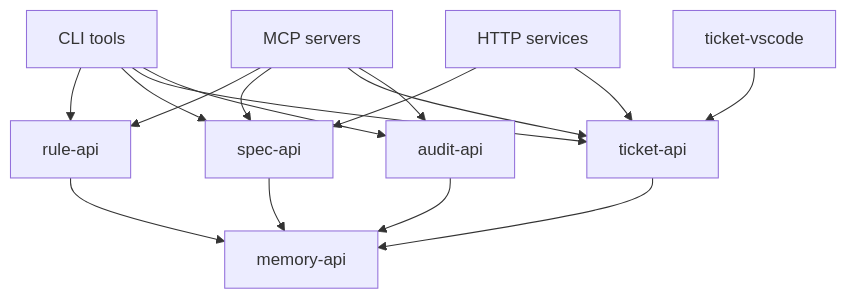
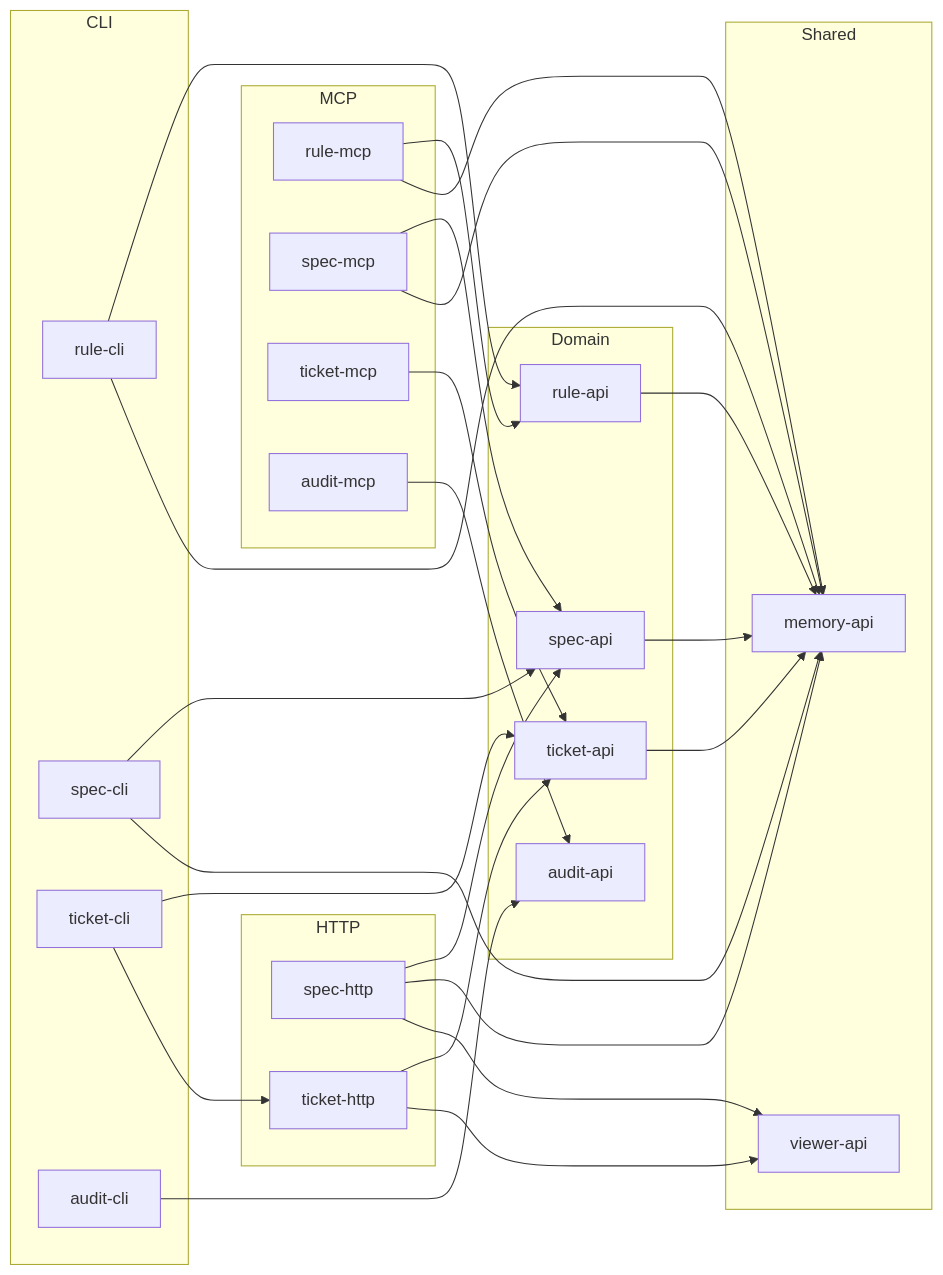
The diagram in .rule/rules/4a232bc0-bd5c-4930-b005-e939669f90d2/description.md (mankinskin/memory-api), drawn with Mermaid before and after one commit. The commit also changed 68 other files, not shown here.

````diff
--- a/.rule/rules/4a232bc0-bd5c-4930-b005-e939669f90d2/description.md
+++ b/.rule/rules/4a232bc0-bd5c-4930-b005-e939669f90d2/description.md
@@ -3,28 +3,58 @@
 ```mermaid
-flowchart TB
-    Memory[memory-api]
-    Rule[rule-api]
-    Spec[spec-api]
-    Ticket[ticket-api]
-    Audit[audit-api]
-    CLI[CLI tools]
-    MCP[MCP servers]
-    HTTP[HTTP services]
-    VSCode[ticket-vscode]
+flowchart LR
+    subgraph Shared
+        Memory[memory-api]
+        Viewer[viewer-api]
+    end
+
+    subgraph Domain
+        Rule[rule-api]
+        Spec[spec-api]
+        Ticket[ticket-api]
+        Audit[audit-api]
+    end
+
+    subgraph CLI
+        RuleCli[rule-cli]
+        SpecCli[spec-cli]
+        TicketCli[ticket-cli]
+        AuditCli[audit-cli]
+    end
+
+    subgraph MCP
+        RuleMcp[rule-mcp]
+        SpecMcp[spec-mcp]
+        TicketMcp[ticket-mcp]
+        AuditMcp[audit-mcp]
+    end
+
+    subgraph HTTP
+        SpecHttp[spec-http]
+        TicketHttp[ticket-http]
+    end
 
     Rule --> Memory
     Spec --> Memory
     Ticket --> Memory
-    Audit --> Memory
-    CLI --> Rule
-    CLI --> Spec
-    CLI --> Ticket
-    CLI --> Audit
-    MCP --> Rule
-    MCP --> Spec
-    MCP --> Ticket
-    MCP --> Audit
-    HTTP --> Spec
-    HTTP --> Ticket
-    VSCode --> Ticket
+
+    RuleCli --> Rule
+    RuleCli --> Memory
+    SpecCli --> Spec
+    SpecCli --> Memory
+    TicketCli --> Ticket
+    TicketCli --> TicketHttp
+    AuditCli --> Audit
+
+    RuleMcp --> Rule
+    RuleMcp --> Memory
+    SpecMcp --> Spec
+    SpecMcp --> Memory
+    TicketMcp --> Ticket
+    AuditMcp --> Audit
+
+    SpecHttp --> Spec
+    SpecHttp --> Memory
+    SpecHttp --> Viewer
+    TicketHttp --> Ticket
+    TicketHttp --> Viewer
 ```
````
